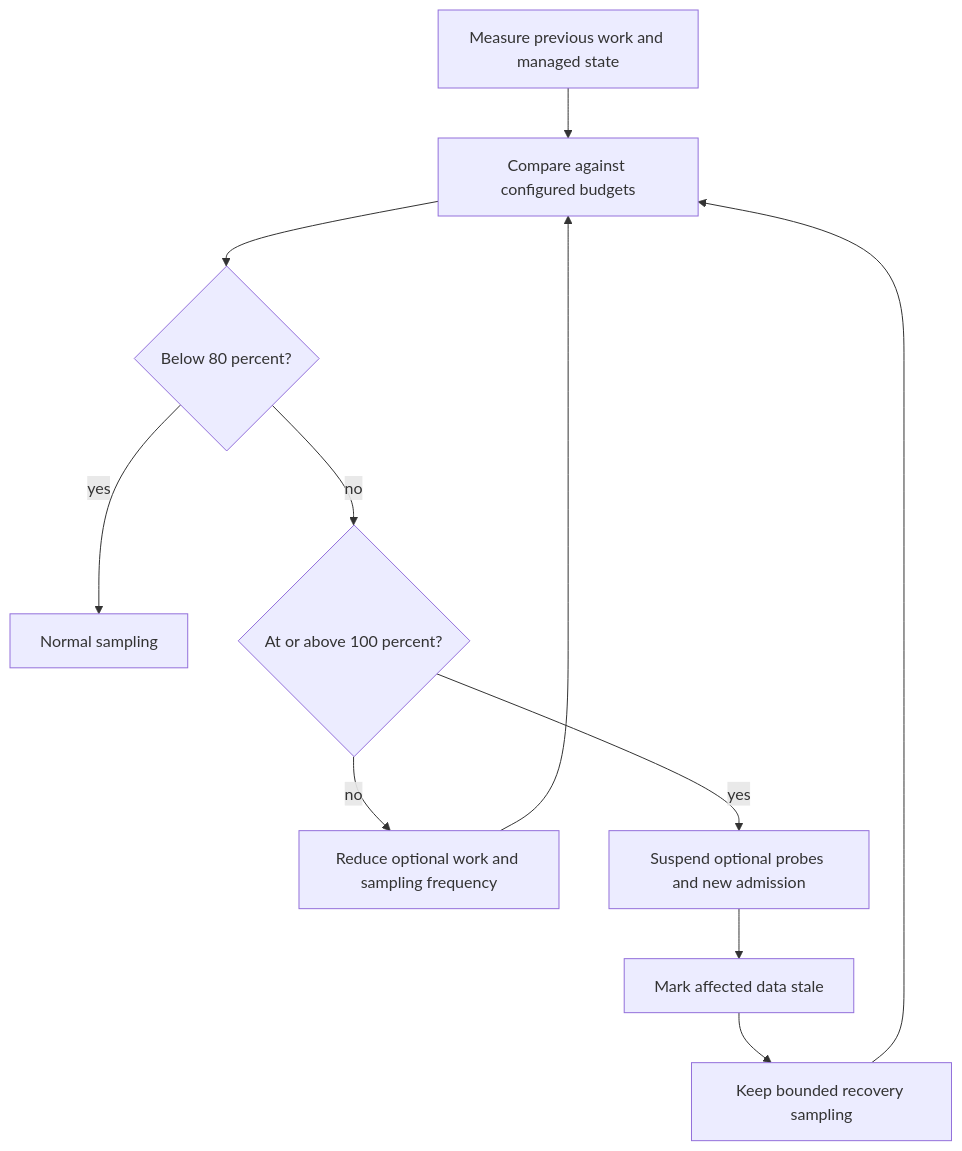
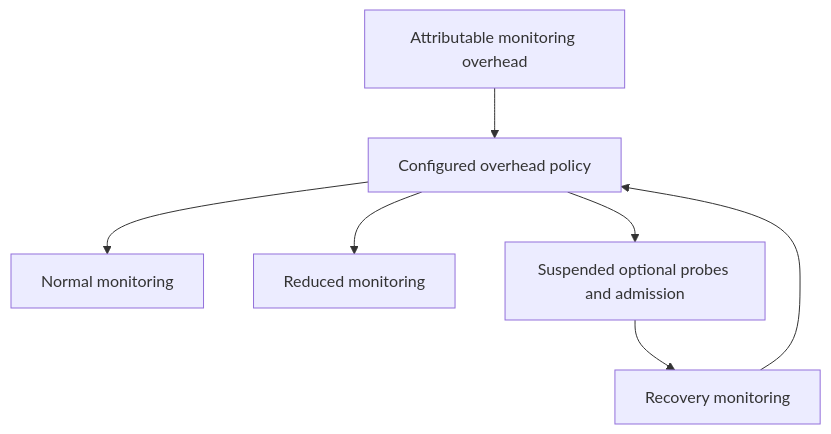
Before and after one commit to smuniharish/resourcera: the diagram in diagrams/overhead-feedback.mmd, drawn with Mermaid. The commit also changed 35 other files, not shown here.

```diff
--- a/diagrams/overhead-feedback.mmd
+++ b/diagrams/overhead-feedback.mmd
@@ -1,11 +1,7 @@
 flowchart TD
-    costs["Measure previous work and managed state"] --> ratio["Compare against configured budgets"]
-    ratio --> normal{"Below 80 percent?"}
-    normal -- yes --> regular["Normal sampling"]
-    normal -- no --> critical{"At or above 100 percent?"}
-    critical -- no --> reduced["Reduce optional work and sampling frequency"]
-    critical -- yes --> suspend["Suspend optional probes and new admission"]
-    suspend --> stale["Mark affected data stale"]
-    stale --> recovery["Keep bounded recovery sampling"]
-    recovery --> ratio
-    reduced --> ratio
+    usage["Attributable monitoring overhead"] --> policy["Configured overhead policy"]
+    policy --> normal["Normal monitoring"]
+    policy --> reduced["Reduced monitoring"]
+    policy --> suspended["Suspended optional probes and admission"]
+    suspended --> recovery["Recovery monitoring"]
+    recovery --> policy
```
